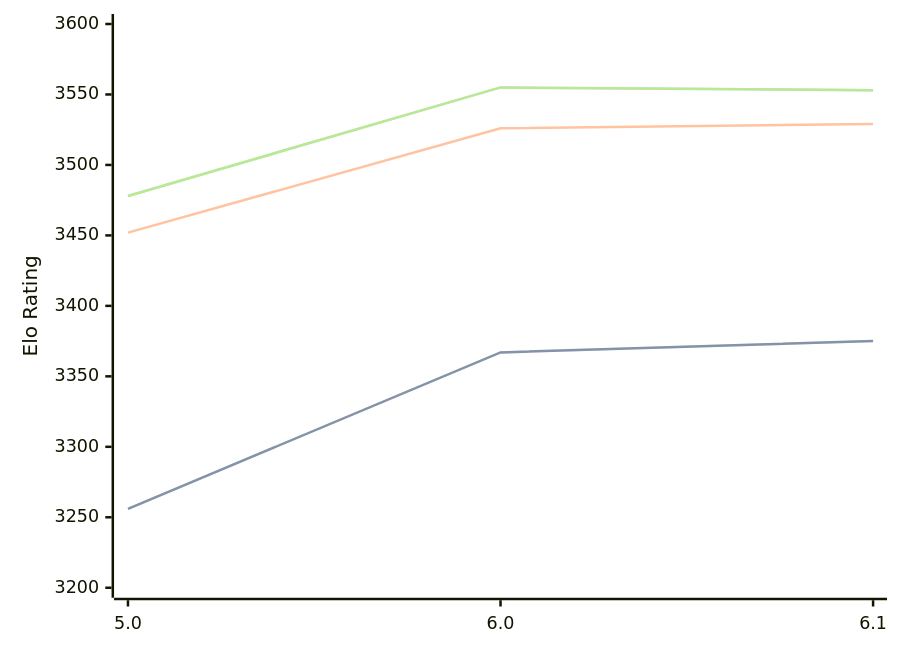
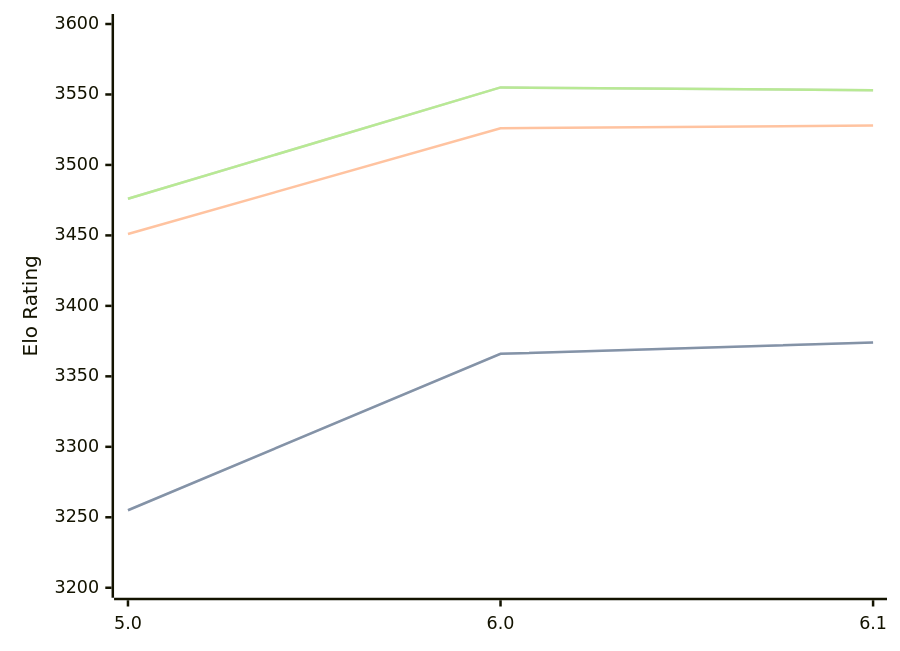
Before and after one commit to computer-chess-index/cci: the diagram in engines/Starzix.md, drawn with Mermaid. The commit also changed other lines of this file, not shown here.

Commit message:
Update CCI Ratings (ELO VLTC) - 2026-03-01

````diff
--- a/engines/Starzix.md
+++ b/engines/Starzix.md
@@ -35,11 +35,11 @@
 ```mermaid
 %%{init: {"theme":"base","themeVariables":{"seriesColors:['#a3a3a3','#222221','#faa371']}}}%%
 xychart-beta
   x-axis ["5.0", "6.0", "6.1"]
   y-axis "Elo Rating" 3200 --> 3600
-  line "STC (8.0+0.08s)" [3256, 3367, 3375]
-  line "STC (8.0+0.08s)" [3256, 3367, 3375]
-  line "LTC (60.0+0.60s)" [3452, 3526, 3529]
-  line "VLTC (2m24s+1.12s)" [3478, 3555, 3553]
-  line "VLTC (2m24s+1.12s)" [3478, 3555, 3553]
+  line "STC (8.0+0.08s)" [3255, 3366, 3374]
+  line "STC (8.0+0.08s)" [3255, 3366, 3374]
+  line "LTC (60.0+0.60s)" [3451, 3526, 3528]
+  line "VLTC (2m24s+1.12s)" [3476, 3555, 3553]
+  line "VLTC (2m24s+1.12s)" [3476, 3555, 3553]
 ```
````
